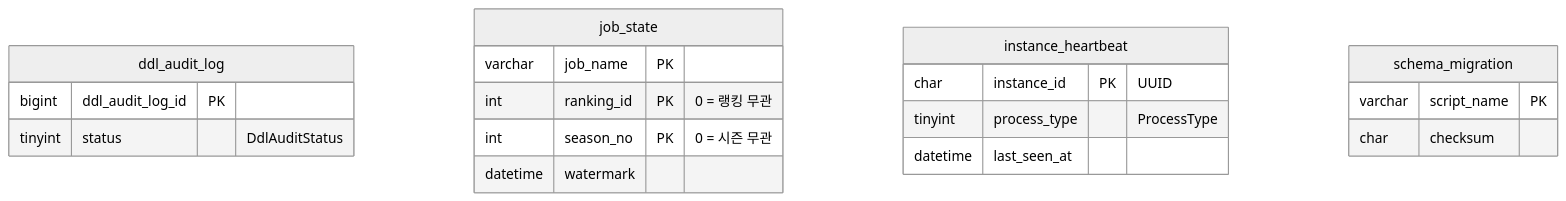
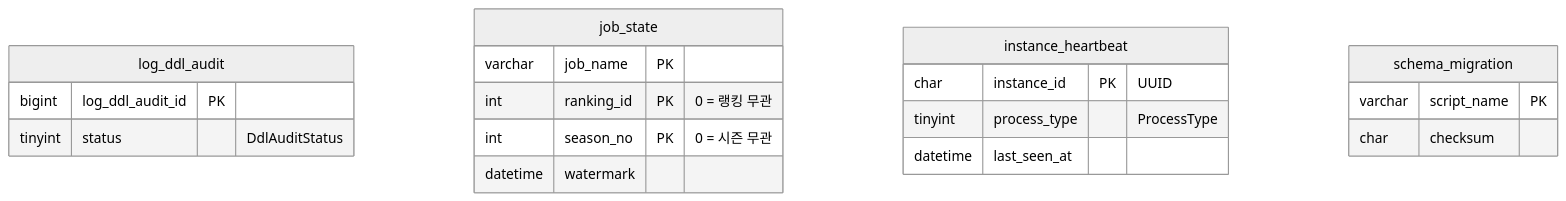
One commit to trisakion0500/podium-de changed the second of 6 diagrams in docs/04_SCHEMA.md. Above: the diagram before and after it, drawn with Mermaid (neutral theme). The commit also changed other lines of this file and 18 other files, not shown here.

````diff
--- a/docs/04_SCHEMA.md
+++ b/docs/04_SCHEMA.md
@@ -135,22 +127,22 @@
 ```mermaid
 erDiagram
-    ddl_audit_log {
-        bigint ddl_audit_log_id PK
+    log_ddl_audit {
+        bigint log_ddl_audit_id PK
         tinyint status "DdlAuditStatus"
     }
     job_state {
         varchar job_name PK
         int ranking_id PK "0 = 랭킹 무관"
         int season_no PK "0 = 시즌 무관"
         datetime watermark
     }
     instance_heartbeat {
         char instance_id PK "UUID"
         tinyint process_type "ProcessType"
         datetime last_seen_at
     }
     schema_migration {
         varchar script_name PK
         char checksum
     }
 ```
````
